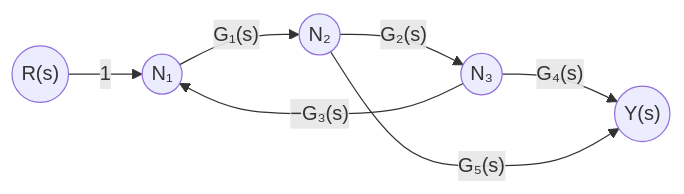
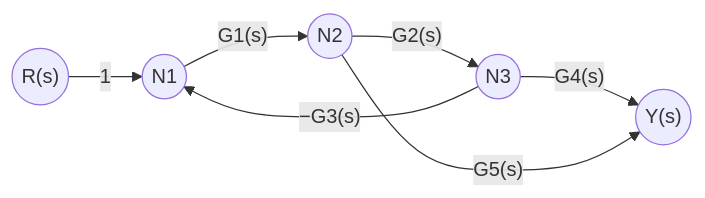
The fifth of 14 diagrams in Lecture-Notes/Week06_Control-System-Modeling-III/Concepts_Lecture.ko.md (Choroning/25Fall_Neural-Network-Control-Systems), drawn with Mermaid before and after one commit. The commit also changed other lines of this file and 25 other files, not shown here.

````diff
--- a/Lecture-Notes/Week06_Control-System-Modeling-III/Concepts_Lecture.ko.md
+++ b/Lecture-Notes/Week06_Control-System-Modeling-III/Concepts_Lecture.ko.md
@@ -137,9 +137,9 @@
 ```mermaid
 flowchart LR
-  R(("R(s)")) -->|"1"| N1(("N₁"))
-  N1 -->|"G₁(s)"| N2(("N₂"))
-  N2 -->|"G₂(s)"| N3(("N₃"))
-  N3 -->|"−G₃(s)"| N1
-  N3 -->|"G₄(s)"| Y(("Y(s)"))
-  N2 -->|"G₅(s)"| Y
+  R(("R(s)")) -->|"1"| N1(("N1"))
+  N1 -->|"G1(s)"| N2(("N2"))
+  N2 -->|"G2(s)"| N3(("N3"))
+  N3 -->|"−G3(s)"| N1
+  N3 -->|"G4(s)"| Y(("Y(s)"))
+  N2 -->|"G5(s)"| Y
 ```
````
